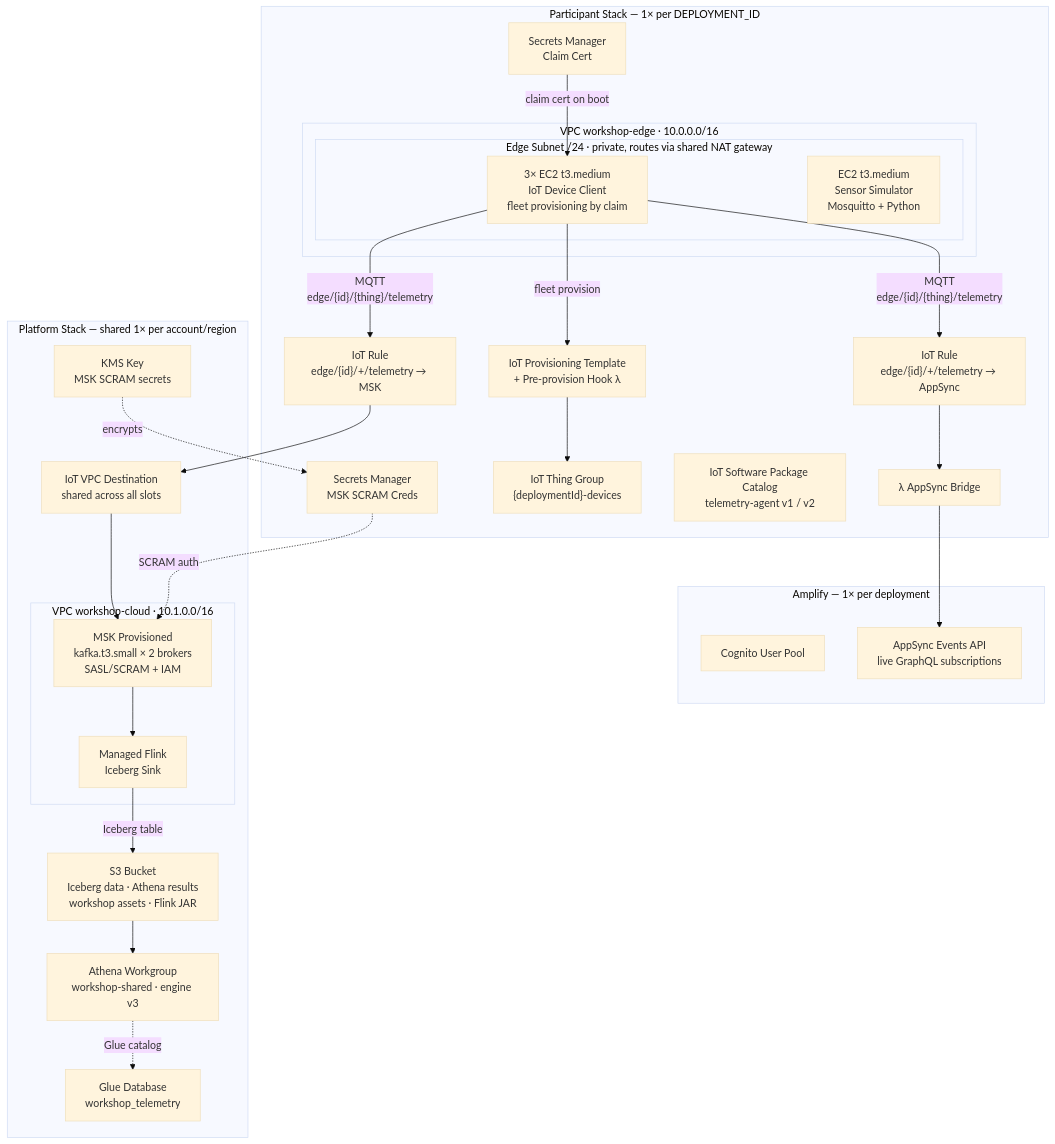
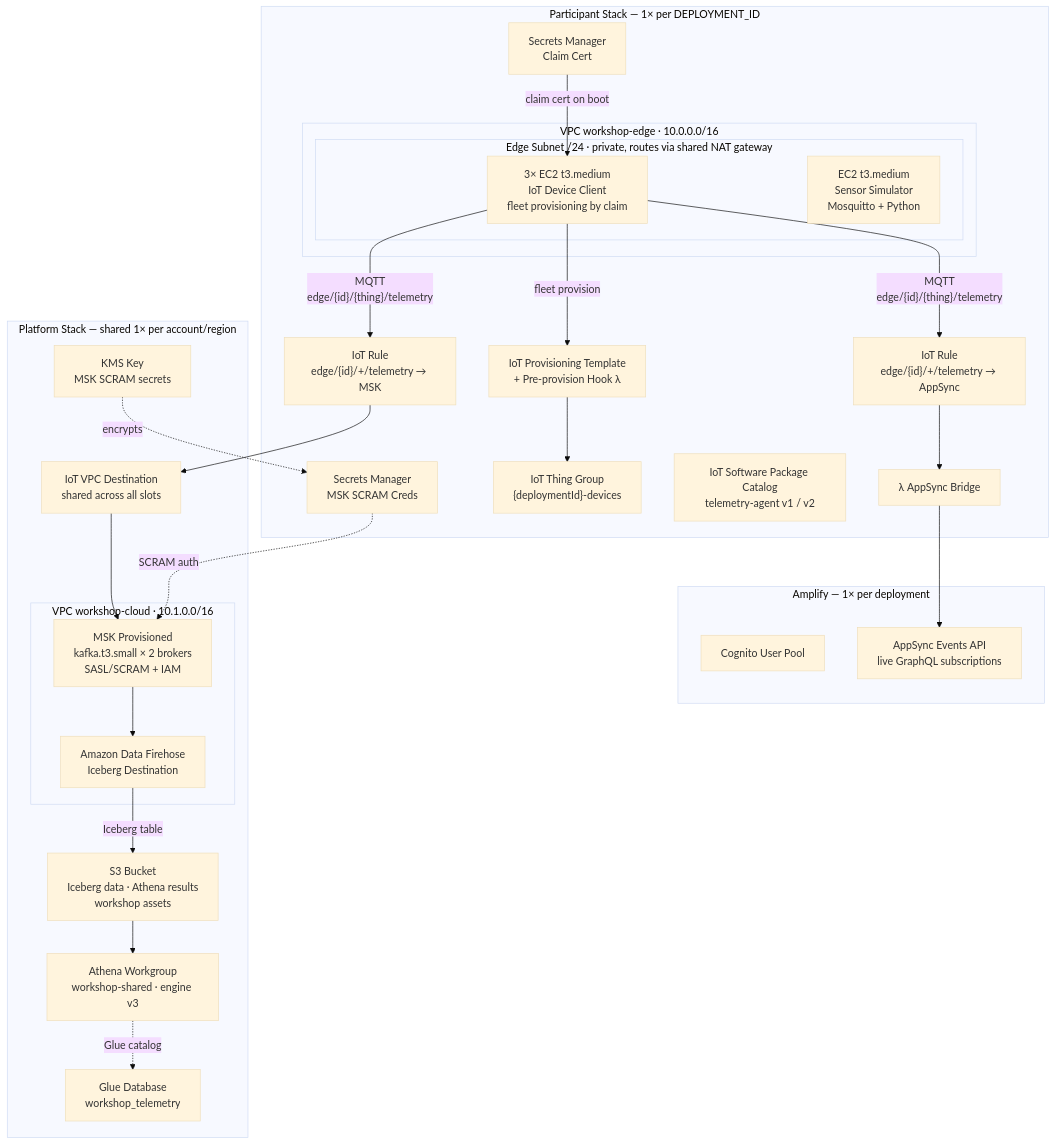
Before and after one commit to aws-samples/sample-edge-to-cloud-digital-ops-workshop: the diagram in workshop/00-prerequisites/index.md, drawn with Mermaid (base theme). The commit also changed 4 other files, not shown here.

Commit message:
docs: retarget Session 0-2 archive-tier mentions from Hudi/Flink to Firehose+Iceberg

````diff
--- a/workshop/00-prerequisites/index.md
+++ b/workshop/00-prerequisites/index.md
@@ -18,49 +18,49 @@
 ```mermaid
 flowchart TB
     subgraph participant["Participant Stack — 1× per DEPLOYMENT_ID"]
         subgraph edge_vpc["VPC workshop-edge · 10.0.0.0/16"]
             subgraph edge_subnet["Edge Subnet /24 · private, routes via shared NAT gateway"]
                 devices["3× EC2 t3.medium\nIoT Device Client\nfleet provisioning by claim"]
                 sim["EC2 t3.medium\nSensor Simulator\nMosquitto + Python"]
             end
         end
         claim_secret["Secrets Manager\nClaim Cert"]
         msk_secret["Secrets Manager\nMSK SCRAM Creds"]
         iot_template["IoT Provisioning Template\n+ Pre-provision Hook λ"]
         iot_group["IoT Thing Group\n{deploymentId}-devices"]
         iot_pkg["IoT Software Package Catalog\ntelemetry-agent v1 / v2"]
         rule_appsync["IoT Rule\nedge/{id}/+/telemetry → AppSync"]
         rule_msk["IoT Rule\nedge/{id}/+/telemetry → MSK"]
         bridge_fn["λ AppSync Bridge"]
     end
 
     subgraph amplify["Amplify — 1× per deployment"]
         cognito["Cognito User Pool"]
         appsync["AppSync Events API\nlive GraphQL subscriptions"]
     end
 
     subgraph platform["Platform Stack — shared 1× per account/region"]
         subgraph cloud_vpc["VPC workshop-cloud · 10.1.0.0/16"]
             msk["MSK Provisioned\nkafka.t3.small × 2 brokers\nSASL/SCRAM + IAM"]
-            flink["Managed Flink\nIceberg Sink"]
+            firehose["Amazon Data Firehose\nIceberg Destination"]
         end
         iot_vpc_dest["IoT VPC Destination\nshared across all slots"]
-        s3["S3 Bucket\nIceberg data · Athena results\nworkshop assets · Flink JAR"]
+        s3["S3 Bucket\nIceberg data · Athena results\nworkshop assets"]
         glue["Glue Database\nworkshop_telemetry"]
         athena["Athena Workgroup\nworkshop-shared · engine v3"]
         kms["KMS Key\nMSK SCRAM secrets"]
     end
 
     claim_secret -->|"claim cert on boot"| devices
     devices -->|"MQTT\nedge/{id}/{thing}/telemetry"| rule_appsync
     devices -->|"MQTT\nedge/{id}/{thing}/telemetry"| rule_msk
     devices -->|"fleet provision"| iot_template
     iot_template --> iot_group
     rule_appsync --> bridge_fn --> appsync
-    rule_msk --> iot_vpc_dest --> msk --> flink
-    flink -->|"Iceberg table"| s3
+    rule_msk --> iot_vpc_dest --> msk --> firehose
+    firehose -->|"Iceberg table"| s3
     s3 --> athena
     athena -.->|"Glue catalog"| glue
     kms -.->|"encrypts"| msk_secret
     msk_secret -.->|"SCRAM auth"| msk
 ```
````
